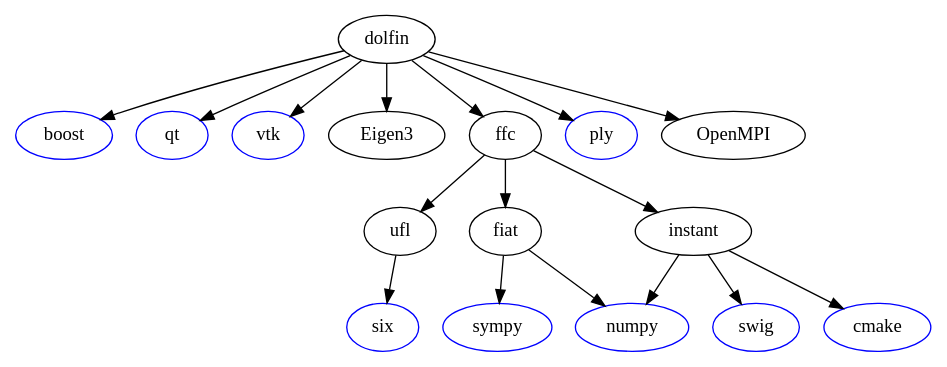
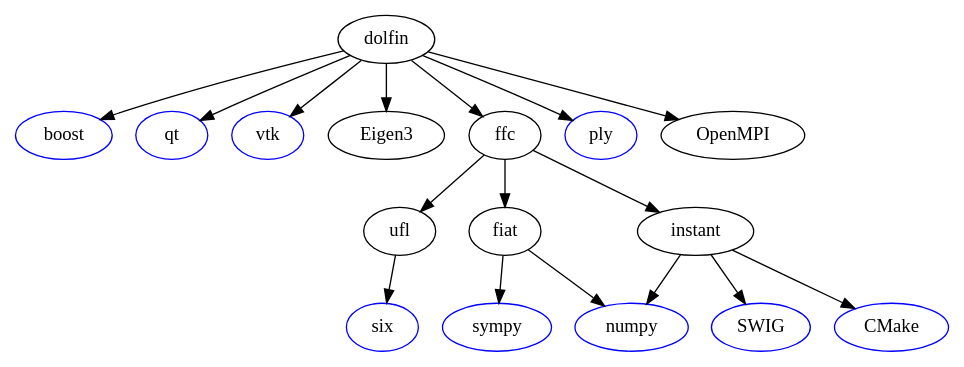
One commit to sed-pro-inria/conda-recipes changed the second of 2 diagrams in doc/package-listing.rst. Above: the diagram before and after it, drawn with Graphviz.

Commit message:
Fix package capital letters

```diff
--- a/doc/package-listing.rst
+++ b/doc/package-listing.rst
@@ -78,28 +78,28 @@
 .. digraph:: dolfin
  
     dolfin -> boost
     dolfin -> qt
     dolfin -> vtk
     dolfin -> Eigen3
     dolfin -> ffc
     dolfin -> ply
     dolfin -> OpenMPI
     ffc -> ufl
     ffc -> fiat
     ffc -> instant
     ufl -> six
     fiat -> numpy
     fiat -> sympy
-    instant -> swig
+    instant -> SWIG
     instant -> numpy
-    instant -> cmake
+    instant -> CMake
 
     qt [color=blue]
     boost [color=blue]
     numpy [color=blue]
     vtk [color=blue]
     six [color=blue]
-    swig [color=blue]
+    SWIG [color=blue]
     ply [color=blue]
     sympy [color=blue]
-    cmake [color=blue]
+    CMake [color=blue]
```
